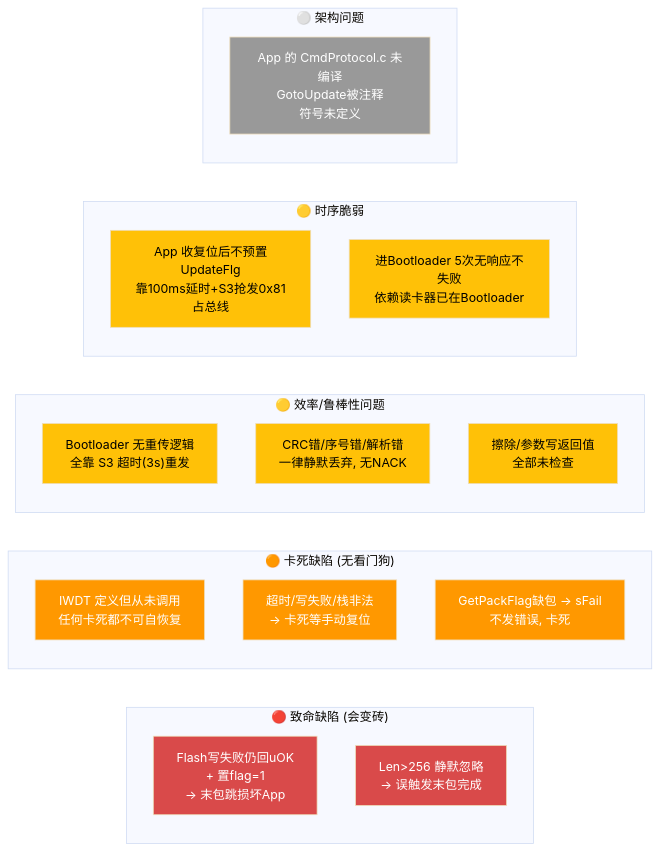
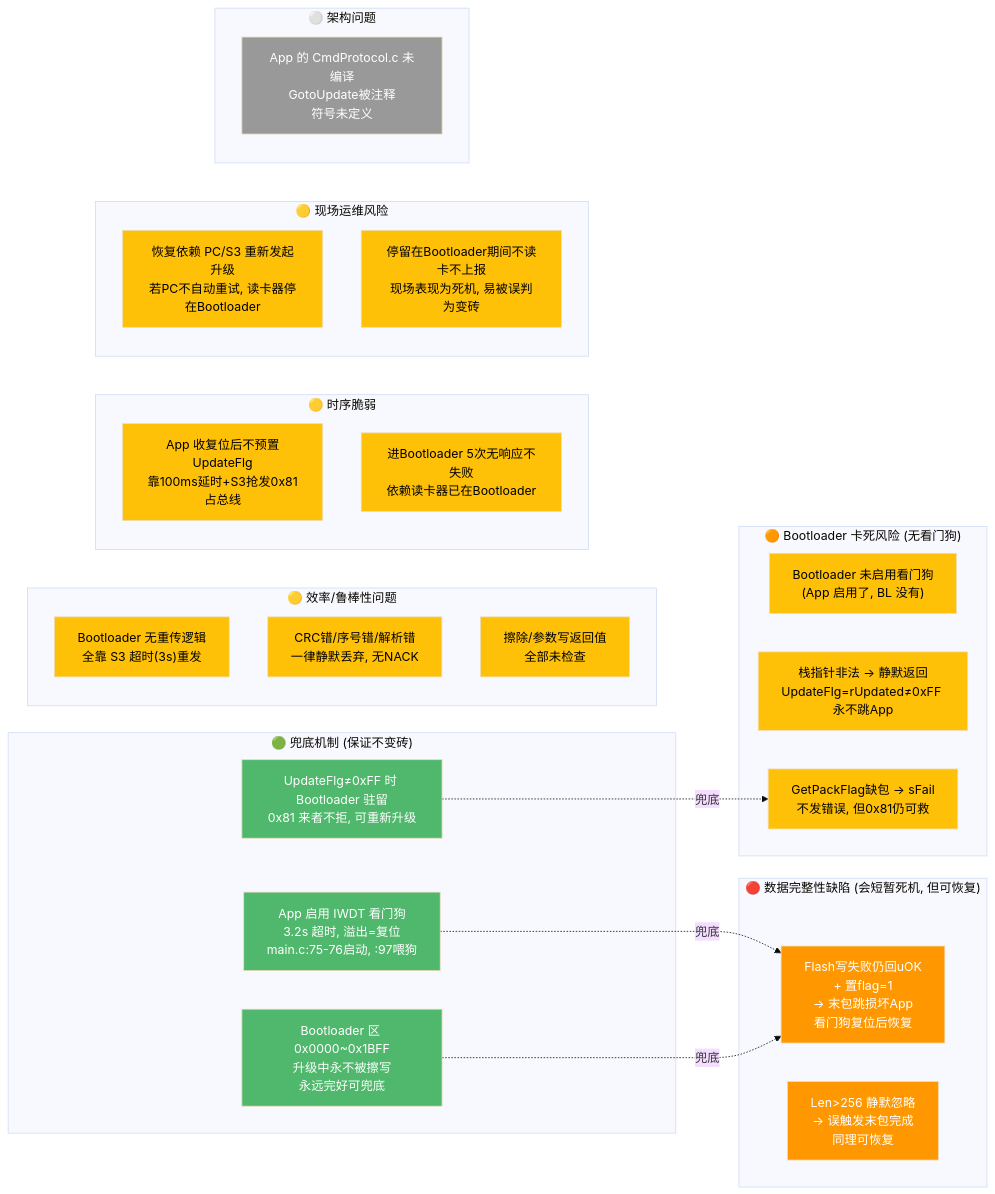
Diagram 22 of 24 in 工作/SR3读卡器/260802SR3读卡器需求.md (Siaiai/ObsidianNote), drawn with Mermaid (base theme) before and after one commit. The commit also changed other lines of this file and 1 other file, not shown here.

````diff
--- a/工作/SR3读卡器/260802SR3读卡器需求.md
+++ b/工作/SR3读卡器/260802SR3读卡器需求.md
@@ -1182,41 +1181,61 @@
 ```mermaid
 %%elk%%
 flowchart LR
-    subgraph 致命["🔴 致命缺陷 (会变砖)"]
-        B1["Flash写失败仍回uOK<br/>+ 置flag=1<br/>-> 末包跳损坏App"]
-        B2["Len>256 静默忽略<br/>-> 误触发末包完成"]
+    subgraph 恢复["🟢 兜底机制 (保证不变砖)"]
+        R1["App 启用 IWDT 看门狗<br/>3.2s 超时, 溢出=复位<br/>main.c:75-76启动, :97喂狗"]
+        R2["Bootloader 区 0x0000~0x1BFF<br/>升级中永不被擦写<br/>永远完好可兜底"]
+        R3["UpdateFlg≠0xFF 时 Bootloader 驻留<br/>0x81 来者不拒, 可重新升级"]
     end
 
-    subgraph 卡死["🟠 卡死缺陷 (无看门狗)"]
-        C1["IWDT 定义但从未调用<br/>任何卡死都不可自恢复"]
-        C2["超时/写失败/栈非法<br/>-> 卡死等手动复位"]
-        C3["GetPackFlag缺包 -> sFail<br/>不发错误, 卡死"]
+    subgraph 数据["🔴 数据完整性缺陷 (会短暂死机, 但可恢复)"]
+        B1["Flash写失败仍回uOK<br/>+ 置flag=1<br/>-> 末包跳损坏App<br/>看门狗复位后恢复"]
+        B2["Len>256 静默忽略<br/>-> 误触发末包完成<br/>同理可恢复"]
+    end
+
+    subgraph 卡死["🟠 Bootloader 卡死风险 (无看门狗)"]
+        C1["Bootloader 未启用看门狗<br/>(App 启用了, BL 没有)"]
+        C2["栈指针非法 -> 静默返回<br/>UpdateFlg=rUpdated≠0xFF 永不跳App"]
+        C3["GetPackFlag缺包 -> sFail<br/>不发错误, 但0x81仍可救"]
     end
 
     subgraph 效率["🟡 效率/鲁棒性问题"]
         E1["Bootloader 无重传逻辑<br/>全靠 S3 超时(3s)重发"]
         E2["CRC错/序号错/解析错<br/>一律静默丢弃, 无NACK"]
         E3["擦除/参数写返回值<br/>全部未检查"]
     end
 
     subgraph 时序["🟡 时序脆弱"]
         T1["App 收复位后不预置UpdateFlg<br/>靠100ms延时+S3抢发0x81占总线"]
         T2["进Bootloader 5次无响应不失败<br/>依赖读卡器已在Bootloader"]
     end
 
+    subgraph 现场["🟡 现场运维风险"]
+        F1["恢复依赖 PC/S3 重新发起升级<br/>若PC不自动重试, 读卡器停在Bootloader"]
+        F2["停留在Bootloader期间不读卡不上报<br/>现场表现为死机, 易被误判为变砖"]
+    end
+
     subgraph 死代码["⚪ 架构问题"]
         D1["App 的 CmdProtocol.c 未编译<br/>GotoUpdate被注释<br/>符号未定义"]
     end
 
-    style B1 fill:#D94A4A,color:#fff
-    style B2 fill:#D94A4A,color:#fff
-    style C1 fill:#FF9800,color:#fff
-    style C2 fill:#FF9800,color:#fff
-    style C3 fill:#FF9800,color:#fff
+    R1 -.->|"兜底"| B1
+    R2 -.->|"兜底"| B1
+    R3 -.->|"兜底"| C3
+
+    style R1 fill:#50B86C,color:#fff
+    style R2 fill:#50B86C,color:#fff
+    style R3 fill:#50B86C,color:#fff
+    style B1 fill:#FF9800,color:#fff
+    style B2 fill:#FF9800,color:#fff
+    style C1 fill:#FFC107,color:#000
+    style C2 fill:#FFC107,color:#000
+    style C3 fill:#FFC107,color:#000
     style E1 fill:#FFC107,color:#000
     style E2 fill:#FFC107,color:#000
     style E3 fill:#FFC107,color:#000
     style T1 fill:#FFC107,color:#000
     style T2 fill:#FFC107,color:#000
+    style F1 fill:#FFC107,color:#000
+    style F2 fill:#FFC107,color:#000
     style D1 fill:#999,color:#fff
 ```
````
